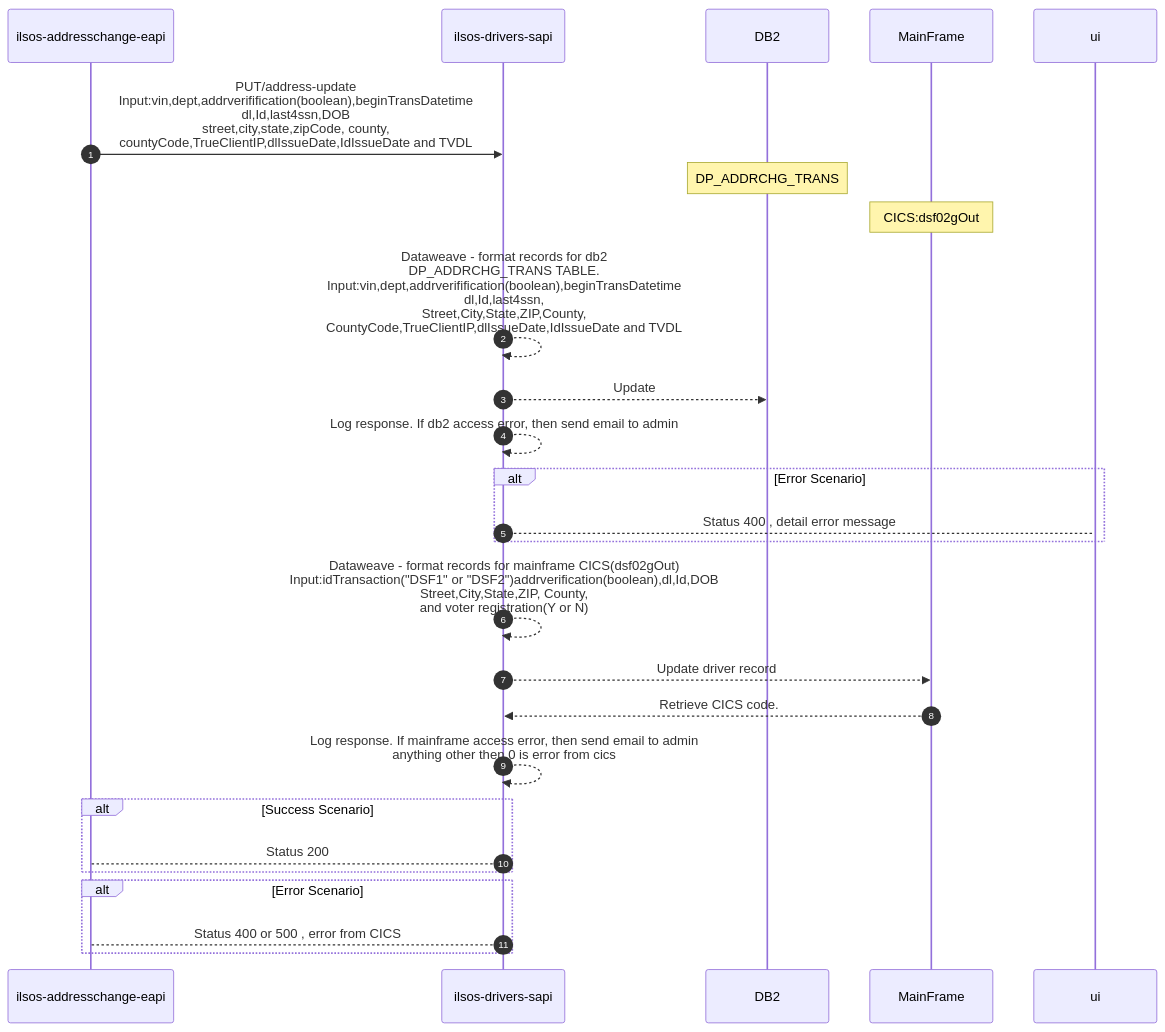
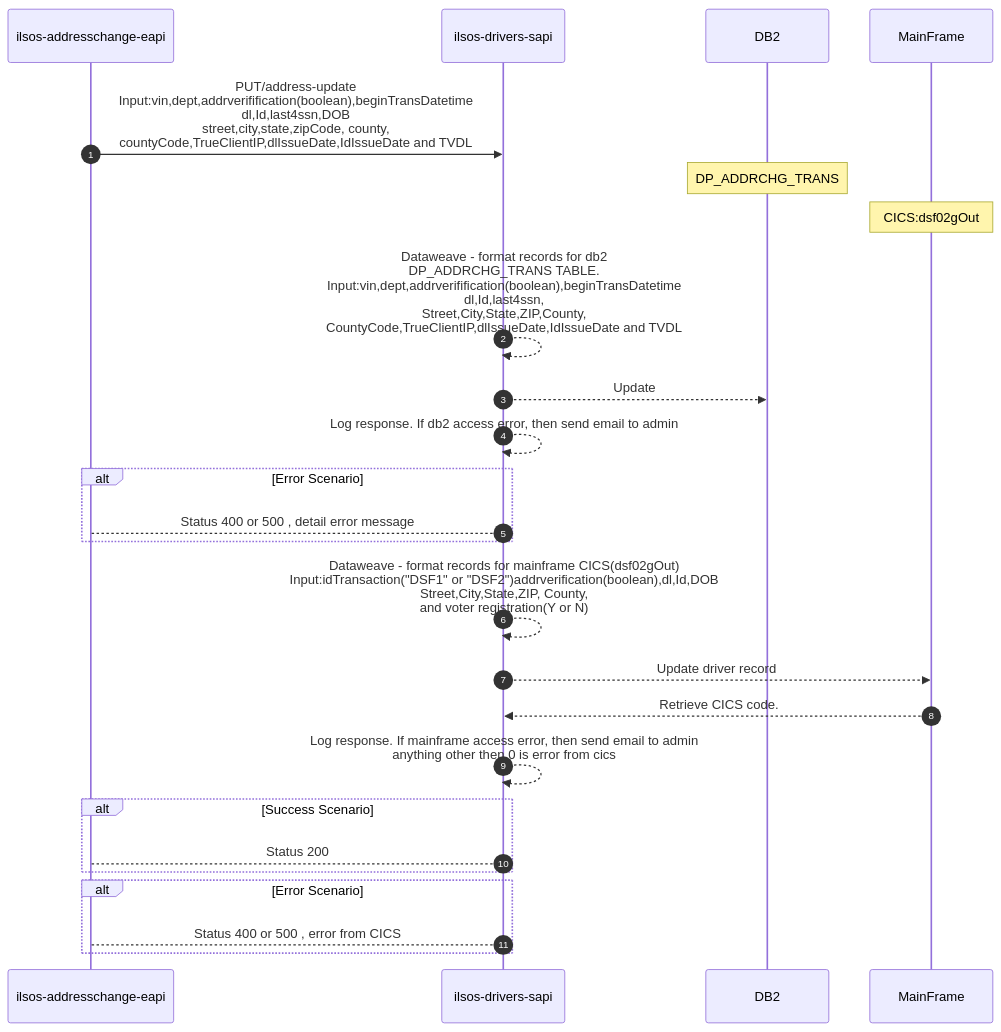
One commit to acme-devs/ilsos-drivers-sapi changed the first of 2 diagrams in README.md. Above: the diagram before and after it, drawn with Mermaid.

````diff
--- a/README.md
+++ b/README.md
@@ -31,29 +31,29 @@
 ```mermaid
 sequenceDiagram
     autonumber
     participant eapi as ilsos-addresschange-eapi
     participant api as ilsos-drivers-sapi
     participant db2 as DB2
     participant mainframe as MainFrame
 
     eapi->>api:PUT/address-update <br>Input:vin,dept,addrverifification(boolean),beginTransDatetime<br>dl,Id,last4ssn,DOB<br>street,city,state,zipCode, county,<br>countyCode,TrueClientIP,dlIssueDate,IdIssueDate and TVDL
 
     note over db2:DP_ADDRCHG_TRANS
     note over mainframe:CICS:dsf02gOut
     api-->>api:Dataweave - format records for db2<BR> DP_ADDRCHG_TRANS TABLE.<br>Input:vin,dept,addrverifification(boolean),beginTransDatetime<br>dl,Id,last4ssn,<br>Street,City,State,ZIP,County,<br>CountyCode,TrueClientIP,dlIssueDate,IdIssueDate and TVDL
     api-->>db2:Update
     api-->>api:Log response. If db2 access error, then send email to admin
     alt Error Scenario 
-        api-->ui: Status 400 , detail error message
+        api-->eapi: Status 400 or 500 , detail error message
     end
     api-->>api:Dataweave - format records for mainframe CICS(dsf02gOut)<br> Input:idTransaction("DSF1" or "DSF2")addrverification(boolean),dl,Id,DOB<br>Street,City,State,ZIP, County,<br>and voter registration(Y or N)
     api-->>mainframe:Update driver record
     mainframe-->>api:Retrieve CICS code.
     api-->>api:Log response. If mainframe access error, then send email to admin<br>anything other then 0 is error from cics
     alt Success Scenario 
         api-->eapi: Status 200 
     end
     alt Error Scenario 
         api-->eapi: Status 400 or 500 , error from CICS
     end
   ```
````
